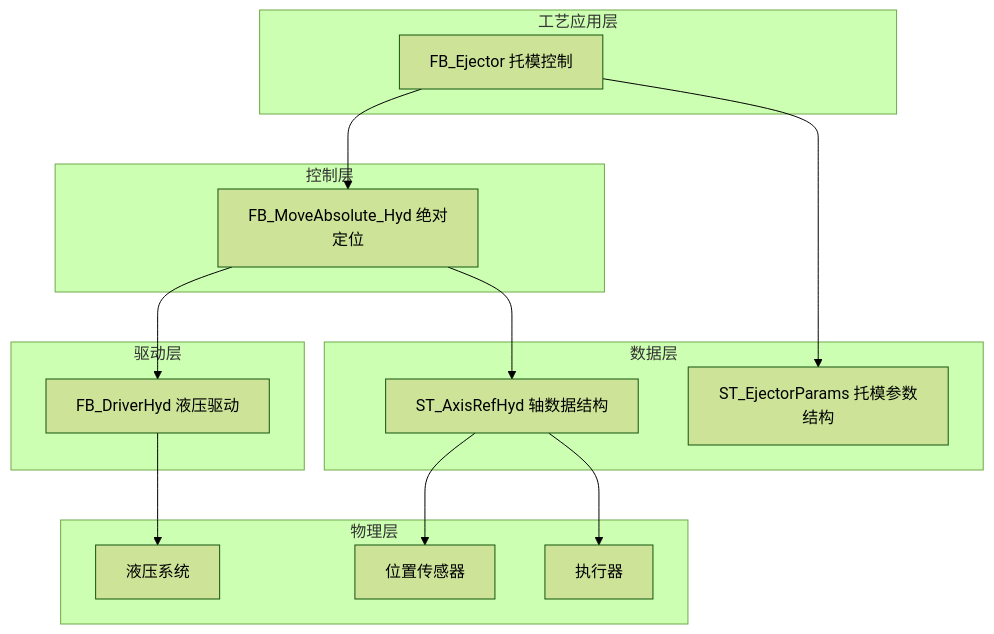
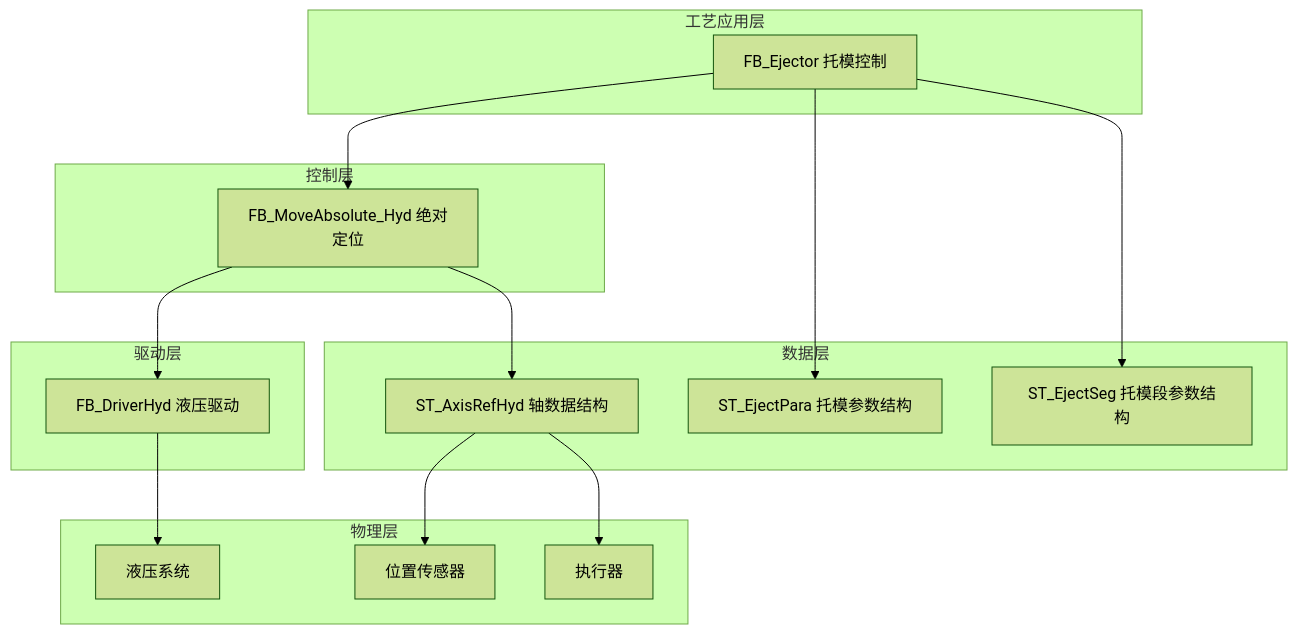
The first of 7 diagrams in docs/07_托模功能整理.md (Porcheson/inj-machine-docs), drawn with Mermaid (forest theme) before and after one commit. The commit also changed other lines of this file and 1 other file, not shown here.

Commit message:
优化托模功能文档的Mermaid图表样式，移除classDef定义

````diff
--- a/docs/07_托模功能整理.md
+++ b/docs/07_托模功能整理.md
@@ -22,33 +23,35 @@
 ```mermaid
 graph TB
     subgraph 工艺应用层
         A1[FB_Ejector 托模控制]
     end
   
     subgraph 控制层
         C1[FB_MoveAbsolute_Hyd 绝对定位]
     end
   
     subgraph 驱动层
         D1[FB_DriverHyd 液压驱动]
     end
   
     subgraph 数据层
         S1[ST_AxisRefHyd 轴数据结构]
-        S2[ST_EjectorParams 托模参数结构]
+        S2[ST_EjectPara 托模参数结构]
+        S3[ST_EjectSeg 托模段参数结构]
     end
   
     subgraph 物理层
         P1[液压系统]
         P2[位置传感器]
         P3[执行器]
     end
   
     A1 --> C1
     A1 --> S2
+    A1 --> S3
     C1 --> D1
     C1 --> S1
     D1 --> P1
     S1 --> P2
     S1 --> P3
 ```
````
